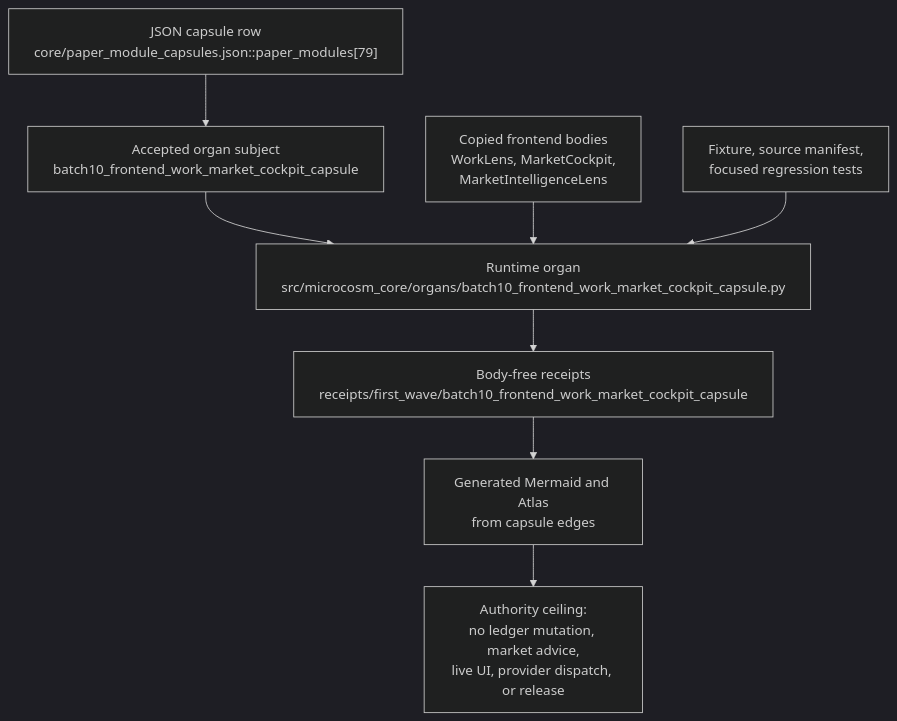
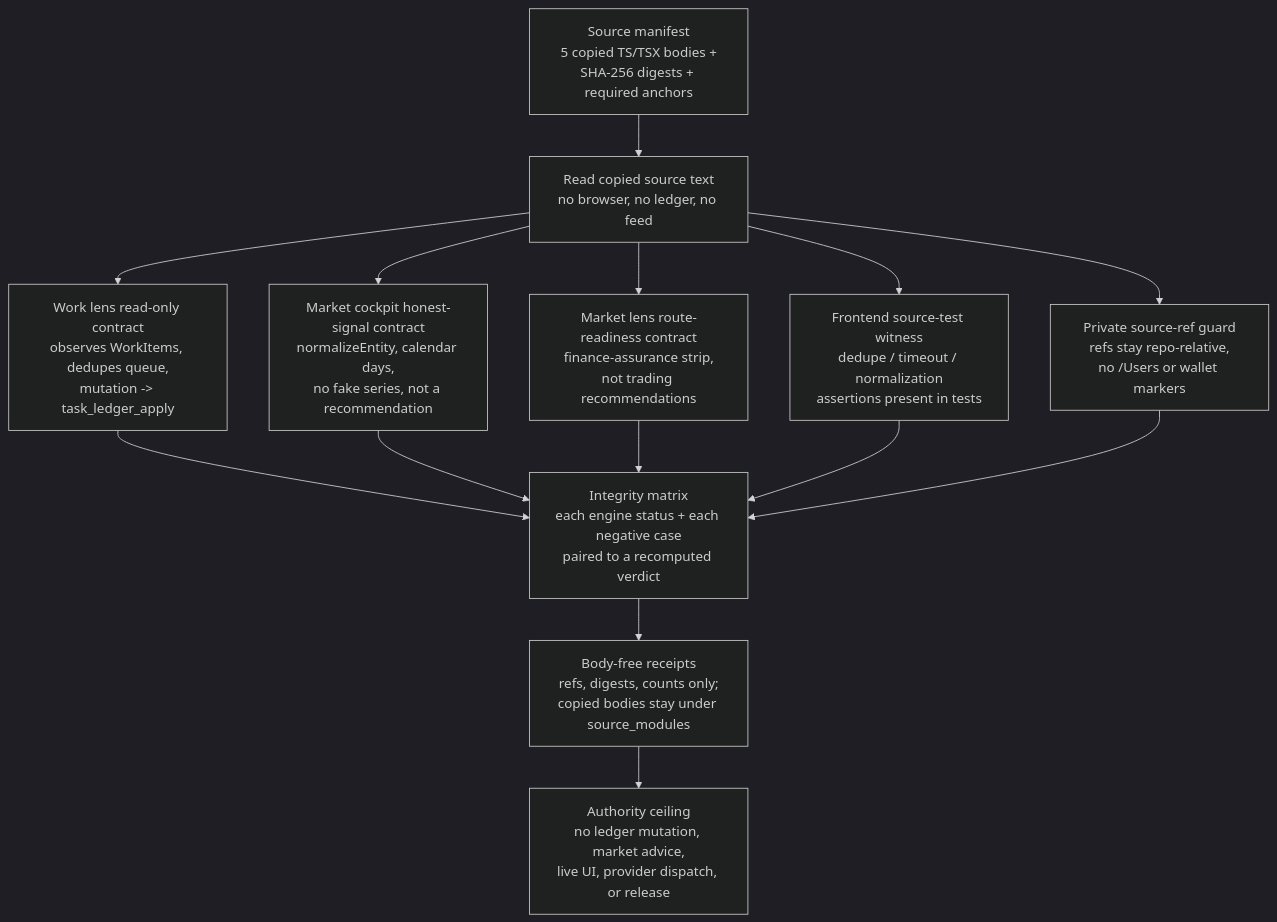
One commit to wcook04/plectis changed the diagram in paper_modules/batch10_frontend_work_market_cockpit_capsule.md. Above: the diagram before and after it, drawn with Mermaid (dark theme). The commit also changed other lines of this file and 90 other files, not shown here.

First line of the commit message:
microcosm: enrich public paper-module prose and Shape diagrams (91 modules)

````diff
--- a/paper_modules/batch10_frontend_work_market_cockpit_capsule.md
+++ b/paper_modules/batch10_frontend_work_market_cockpit_capsule.md
@@ -21,10 +29,16 @@
 ```mermaid
 flowchart TD
-    A["JSON capsule row<br/>core/paper_module_capsules.json::paper_modules[79]"] --> B["Accepted organ subject<br/>batch10_frontend_work_market_cockpit_capsule"]
-    B --> C["Runtime organ<br/>src/microcosm_core/organs/batch10_frontend_work_market_cockpit_capsule.py"]
-    D["Copied frontend bodies<br/>WorkLens, MarketCockpit,<br/>MarketIntelligenceLens"] --> C
-    E["Fixture, source manifest,<br/>focused regression tests"] --> C
-    C --> F["Body-free receipts<br/>receipts/first_wave/batch10_frontend_work_market_cockpit_capsule"]
-    F --> G["Generated Mermaid and Atlas<br/>from capsule edges"]
-    G --> H["Authority ceiling:<br/>no ledger mutation, market advice,<br/>live UI, provider dispatch, or release"]
+    Manifest["Source manifest<br/>5 copied TS/TSX bodies +<br/>SHA-256 digests + required anchors"] --> Read["Read copied source text<br/>no browser, no ledger, no feed"]
+    Read --> E1["Work lens read-only contract<br/>observes WorkItems, dedupes queue,<br/>mutation -> task_ledger_apply"]
+    Read --> E2["Market cockpit honest-signal contract<br/>normalizeEntity, calendar days,<br/>no fake series, not a recommendation"]
+    Read --> E3["Market lens route-readiness contract<br/>finance-assurance strip,<br/>not trading recommendations"]
+    Read --> E4["Frontend source-test witness<br/>dedupe / timeout / normalization<br/>assertions present in tests"]
+    Read --> E5["Private source-ref guard<br/>refs stay repo-relative,<br/>no /Users or wallet markers"]
+    E1 --> Matrix["Integrity matrix<br/>each engine status + each negative case<br/>paired to a recomputed verdict"]
+    E2 --> Matrix
+    E3 --> Matrix
+    E4 --> Matrix
+    E5 --> Matrix
+    Matrix --> Receipts["Body-free receipts<br/>refs, digests, counts only;<br/>copied bodies stay under source_modules"]
+    Receipts --> Ceiling["Authority ceiling<br/>no ledger mutation, market advice,<br/>live UI, provider dispatch, or release"]
 ```
````
